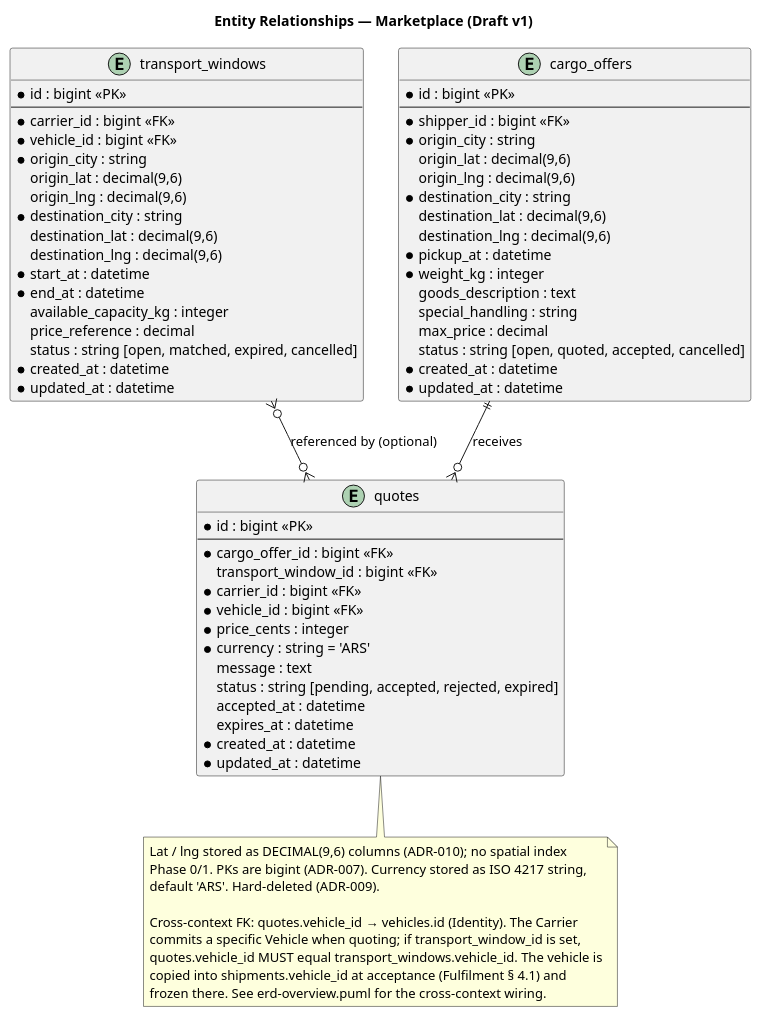
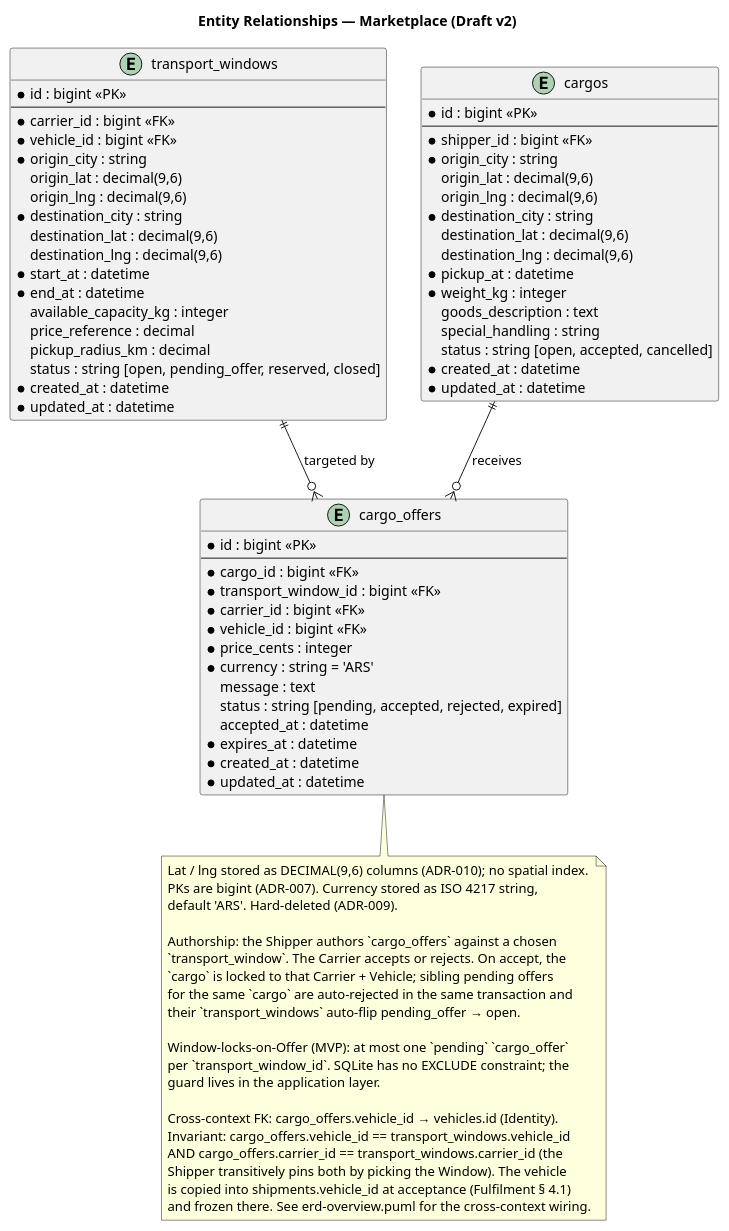
One commit to matias-ferrero/Truckr changed the diagram in docs/04-database-diagrams/erd-marketplace.puml. Above: the diagram before and after it, drawn with PlantUML. The commit also changed 25 other files, not shown here.

Commit message:
docs(rename): rename Quote→CargoOffer y CargoOffer→Cargo full sweep (#199)

```diff
--- a/docs/04-database-diagrams/erd-marketplace.puml
+++ b/docs/04-database-diagrams/erd-marketplace.puml
@@ -1,76 +1,87 @@
 @startuml erd-marketplace
-title Entity Relationships — Marketplace (Draft v1)
+title Entity Relationships — Marketplace (Draft v2)
 
 entity "transport_windows" as tw {
   * id : bigint <<PK>>
   --
   * carrier_id : bigint <<FK>>
   * vehicle_id : bigint <<FK>>
   * origin_city : string
   origin_lat : decimal(9,6)
   origin_lng : decimal(9,6)
   * destination_city : string
   destination_lat : decimal(9,6)
   destination_lng : decimal(9,6)
   * start_at : datetime
   * end_at : datetime
   available_capacity_kg : integer
   price_reference : decimal
-  status : string [open, matched, expired, cancelled]
+  pickup_radius_km : decimal
+  status : string [open, pending_offer, reserved, closed]
   * created_at : datetime
   * updated_at : datetime
 }
 
-entity "cargo_offers" as co {
+entity "cargos" as c {
   * id : bigint <<PK>>
   --
   * shipper_id : bigint <<FK>>
   * origin_city : string
   origin_lat : decimal(9,6)
   origin_lng : decimal(9,6)
   * destination_city : string
   destination_lat : decimal(9,6)
   destination_lng : decimal(9,6)
   * pickup_at : datetime
   * weight_kg : integer
   goods_description : text
   special_handling : string
-  max_price : decimal
-  status : string [open, quoted, accepted, cancelled]
+  status : string [open, accepted, cancelled]
   * created_at : datetime
   * updated_at : datetime
 }
 
-entity "quotes" as q {
+entity "cargo_offers" as co {
   * id : bigint <<PK>>
   --
-  * cargo_offer_id : bigint <<FK>>
-  transport_window_id : bigint <<FK>>
+  * cargo_id : bigint <<FK>>
+  * transport_window_id : bigint <<FK>>
   * carrier_id : bigint <<FK>>
   * vehicle_id : bigint <<FK>>
   * price_cents : integer
   * currency : string = 'ARS'
   message : text
   status : string [pending, accepted, rejected, expired]
   accepted_at : datetime
-  expires_at : datetime
+  * expires_at : datetime
   * created_at : datetime
   * updated_at : datetime
 }
 
-tw }o--o{ q : "referenced by (optional)"
-co ||--o{ q : "receives"
+c ||--o{ co : "receives"
+tw ||--o{ co : "targeted by"
 
 note bottom
-  Lat / lng stored as DECIMAL(9,6) columns (ADR-010); no spatial index
-  Phase 0/1. PKs are bigint (ADR-007). Currency stored as ISO 4217 string,
+  Lat / lng stored as DECIMAL(9,6) columns (ADR-010); no spatial index.
+  PKs are bigint (ADR-007). Currency stored as ISO 4217 string,
   default 'ARS'. Hard-deleted (ADR-009).
 
-  Cross-context FK: quotes.vehicle_id → vehicles.id (Identity). The Carrier
-  commits a specific Vehicle when quoting; if transport_window_id is set,
-  quotes.vehicle_id MUST equal transport_windows.vehicle_id. The vehicle is
-  copied into shipments.vehicle_id at acceptance (Fulfilment § 4.1) and
-  frozen there. See erd-overview.puml for the cross-context wiring.
+  Authorship: the Shipper authors `cargo_offers` against a chosen
+  `transport_window`. The Carrier accepts or rejects. On accept, the
+  `cargo` is locked to that Carrier + Vehicle; sibling pending offers
+  for the same `cargo` are auto-rejected in the same transaction and
+  their `transport_windows` auto-flip pending_offer → open.
+
+  Window-locks-on-Offer (MVP): at most one `pending` `cargo_offer`
+  per `transport_window_id`. SQLite has no EXCLUDE constraint; the
+  guard lives in the application layer.
+
+  Cross-context FK: cargo_offers.vehicle_id → vehicles.id (Identity).
+  Invariant: cargo_offers.vehicle_id == transport_windows.vehicle_id
+  AND cargo_offers.carrier_id == transport_windows.carrier_id (the
+  Shipper transitively pins both by picking the Window). The vehicle
+  is copied into shipments.vehicle_id at acceptance (Fulfilment § 4.1)
+  and frozen there. See erd-overview.puml for the cross-context wiring.
 end note
 
 @enduml
```
